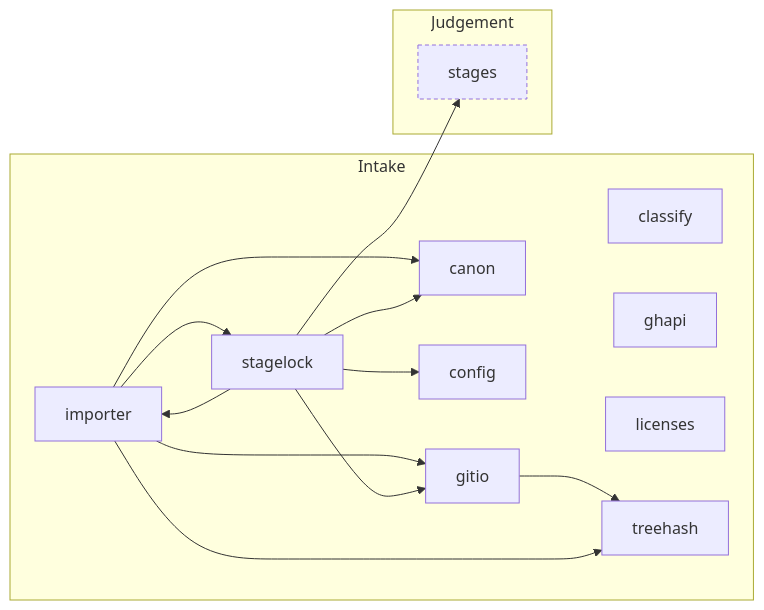
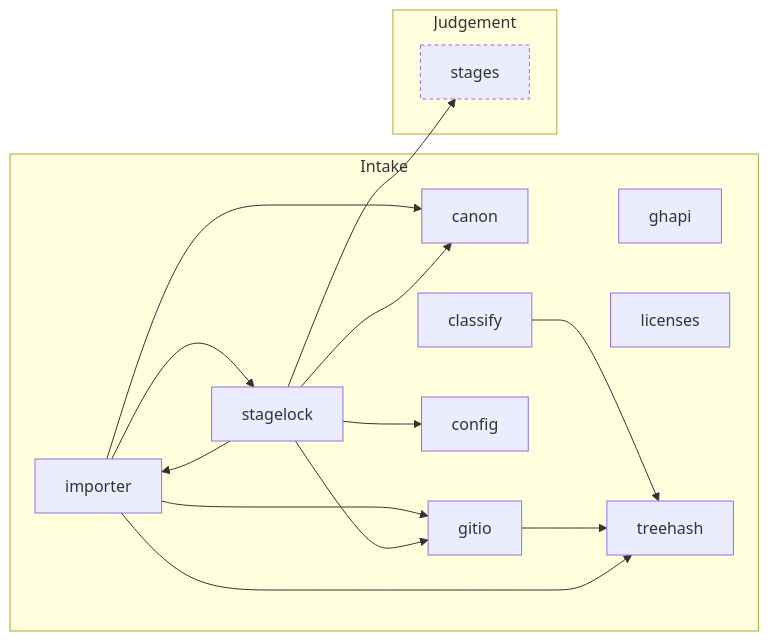
The fourth of 8 diagrams in docs/harita.md (Okan-wqm/snowball-mcp), drawn with Mermaid before and after one commit. The commit also changed other lines of this file and 16 other files, not shown here.

````diff
--- a/docs/harita.md
+++ b/docs/harita.md
@@ -182,28 +190,29 @@
 ```mermaid
 flowchart LR
   subgraph a_Intake["Intake"]
     m_canon["canon"]
     m_classify["classify"]
     m_config["config"]
     m_ghapi["ghapi"]
     m_gitio["gitio"]
     m_importer["importer"]
     m_licenses["licenses"]
     m_stagelock["stagelock"]
     m_treehash["treehash"]
   end
   subgraph a_Judgement["Judgement"]
     m_stages["stages"]:::outside
   end
+  m_classify --> m_treehash
   m_gitio --> m_treehash
   m_importer --> m_canon
   m_importer --> m_gitio
   m_importer --> m_stagelock
   m_importer --> m_treehash
   m_stagelock --> m_canon
   m_stagelock --> m_config
   m_stagelock --> m_gitio
   m_stagelock --> m_importer
   m_stagelock --> m_stages
   classDef outside stroke-dasharray: 4 3
 ```
````
